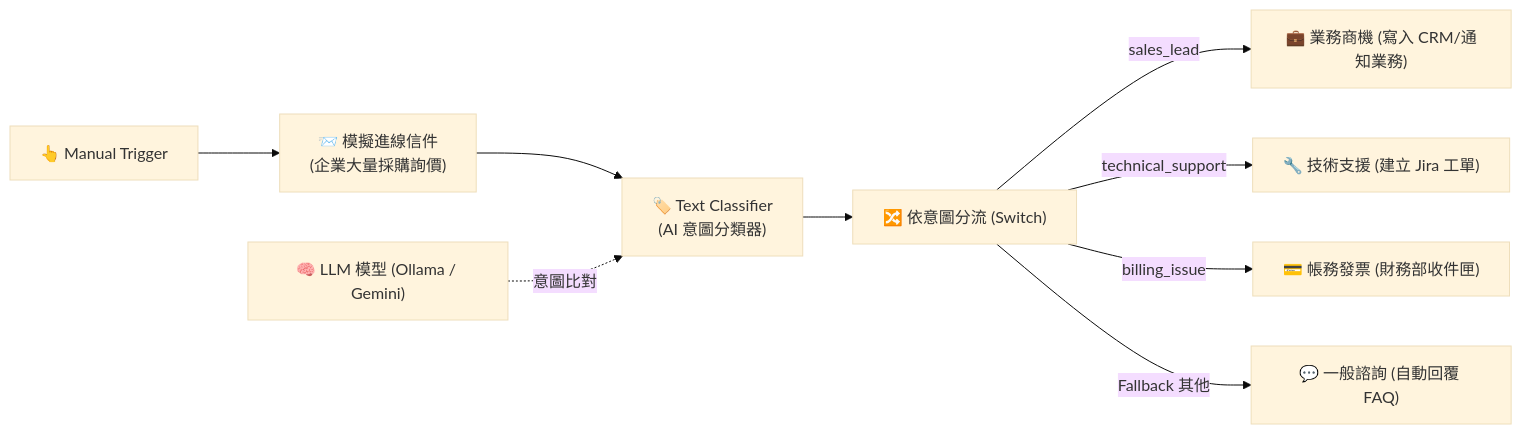
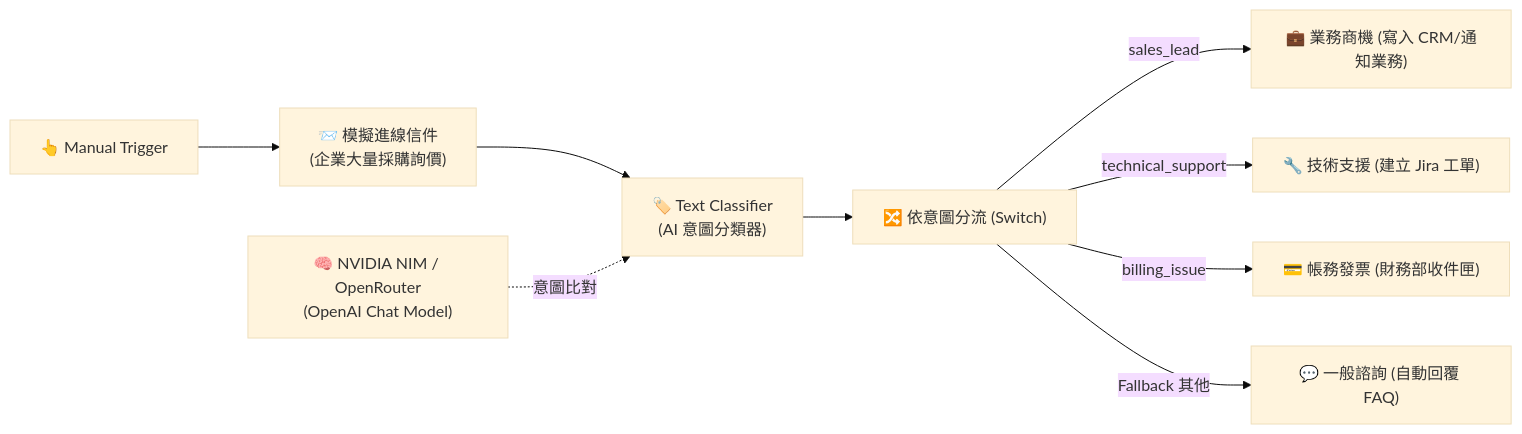
One commit to roberthsu2003/n8n changed the diagram in AI_Agent/Text_Classifier/README.md. Above: the diagram before and after it, drawn with Mermaid (base theme). The commit also changed other lines of this file and 12 other files, not shown here.

````diff
--- a/AI_Agent/Text_Classifier/README.md
+++ b/AI_Agent/Text_Classifier/README.md
@@ -13,11 +17,11 @@
 ```mermaid
 flowchart LR
     Trigger["👆 Manual Trigger"] --> Msg["📨 模擬進線信件<br/>(企業大量採購詢價)"]
     Msg --> Classifier["🏷️ Text Classifier<br/>(AI 意圖分類器)"]
-    Model["🧠 LLM 模型 (Ollama / Gemini)"] -.->|意圖比對| Classifier
+    Model["🧠 NVIDIA NIM / OpenRouter<br/>(OpenAI Chat Model)"] -.->|意圖比對| Classifier
     Classifier --> SwitchNode["🔀 依意圖分流 (Switch)"]
     SwitchNode -->|sales_lead| Route1["💼 業務商機 (寫入 CRM/通知業務)"]
     SwitchNode -->|technical_support| Route2["🔧 技術支援 (建立 Jira 工單)"]
     SwitchNode -->|billing_issue| Route3["💳 帳務發票 (財務部收件匣)"]
     SwitchNode -->|Fallback 其他| Route4["💬 一般諮詢 (自動回覆 FAQ)"]
 ```
````
